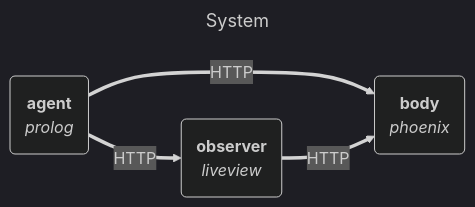
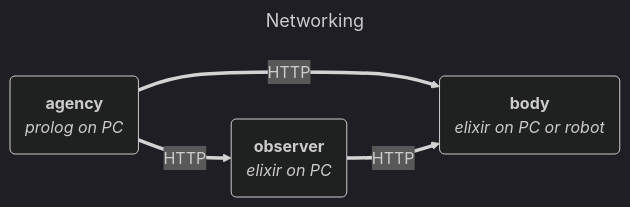
Before and after one commit to jfcloutier/karma_agency: the first of 3 diagrams in notes/system.md, drawn with Mermaid (dark theme). The commit also changed other lines of this file, not shown here.

Commit message:
system diagrams

````diff
--- a/notes/system.md
+++ b/notes/system.md
@@ -37,14 +37,14 @@
 ```mermaid
 ---
-title: System
+title: Networking
 ---
 
 graph LR;
-agent("`**agent**
-*prolog*`")==>|HTTP|body("`**body**
-*phoenix*`") & observer("`**observer**
-*liveview*`")
+agency("`**agency**
+*prolog on PC*`")==>|HTTP|body("`**body**
+*elixir*`") & observer("`**observer**
+*elixir*`")
 observer("`**observer**
-*liveview*`")==>|HTTP|body("`**body**
-*phoenix*`") 
+*elixir on PC*`")==>|HTTP|body("`**body**
+*elixir on PC or robot*`") 
 ```
````
